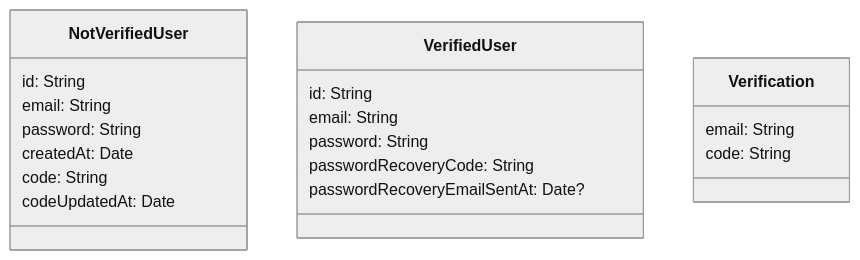
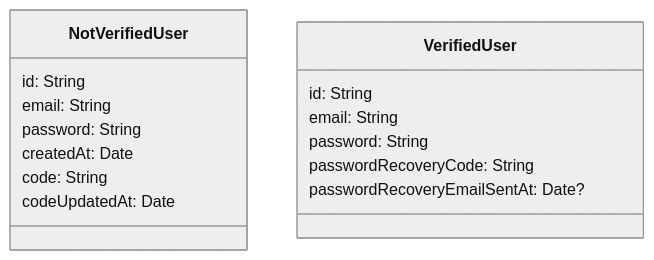
The first of 9 diagrams in docs/contracts.md (Group-Expense-Manager/gem-docs), drawn with Mermaid (neutral theme) before and after one commit. The commit also changed other lines of this file and 2 other files, not shown here.

````diff
--- a/docs/contracts.md
+++ b/docs/contracts.md
@@ -5,24 +5,20 @@
 ```mermaid
 classDiagram
 class NotVerifiedUser {
     id: String
     email: String
     password: String
     createdAt: Date
     code: String
     codeUpdatedAt: Date
 }
 
 class VerifiedUser {
     id: String
     email: String
     password: String
     passwordRecoveryCode: String
     passwordRecoveryEmailSentAt: Date?
 }
 
-class Verification {
-    email: String
-    code: String
-}
 ```
````
